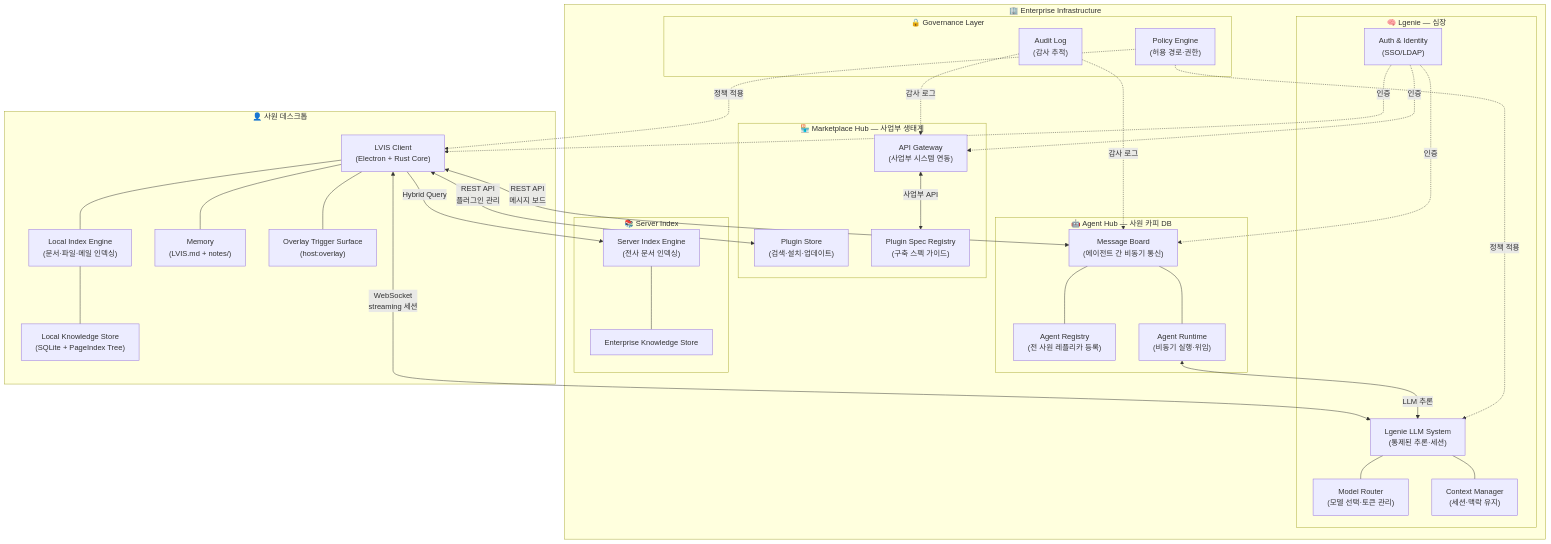
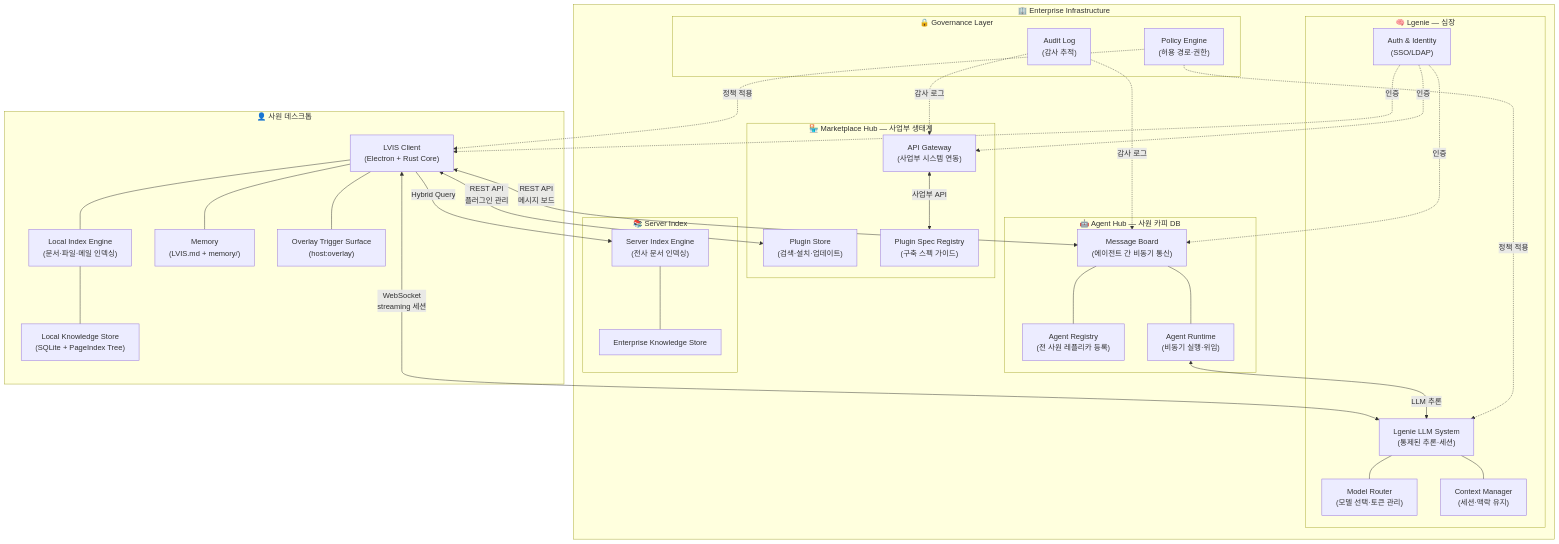
Before and after one commit to lvis-project/lvis-app: the second of 44 diagrams in docs/architecture/architecture.md, drawn with Mermaid. The commit also changed other lines of this file and 7 other files, not shown here.

````diff
--- a/docs/architecture/architecture.md
+++ b/docs/architecture/architecture.md
@@ -90,65 +90,65 @@
 ```mermaid
 graph TB
     subgraph "👤 사원 데스크톱"
         CLIENT["LVIS Client<br/>(Electron + Rust Core)"]
         LOCAL_IDX["Local Index Engine<br/>(문서·파일·메일 인덱싱)"]
         LOCAL_STORE["Local Knowledge Store<br/>(SQLite + PageIndex Tree)"]
-        MEMORY["Memory<br/>(LVIS.md + notes/)"]
+        MEMORY["Memory<br/>(LVIS.md + memory/)"]
         OVERLAY["Overlay Trigger Surface<br/>(host:overlay)"]
     end
 
     subgraph "🏢 Enterprise Infrastructure"
         subgraph "🧠 Lgenie — 심장"
             LGENIE["Lgenie LLM System<br/>(통제된 추론·세션)"]
             MODEL_ROUTER["Model Router<br/>(모델 선택·토큰 관리)"]
             CONTEXT_MGR["Context Manager<br/>(세션·맥락 유지)"]
             AUTH["Auth & Identity<br/>(SSO/LDAP)"]
         end
 
         subgraph "🤖 Agent Hub — 사원 카피 DB"
             MSG_BOARD["Message Board<br/>(에이전트 간 비동기 통신)"]
             AGENT_REG["Agent Registry<br/>(전 사원 레플리카 등록)"]
             AGENT_RT["Agent Runtime<br/>(비동기 실행·위임)"]
         end
 
         subgraph "🏪 Marketplace Hub — 사업부 생태계"
             PLUGIN_STORE["Plugin Store<br/>(검색·설치·업데이트)"]
             API_GW["API Gateway<br/>(사업부 시스템 연동)"]
             PLUGIN_SPEC["Plugin Spec Registry<br/>(구축 스펙 가이드)"]
         end
 
         subgraph "🔒 Governance Layer"
             AUTH["Auth & Identity<br/>(SSO/LDAP)"]
             AUDIT["Audit Log<br/>(감사 추적)"]
             POLICY["Policy Engine<br/>(허용 경로·권한)"]
         end
 
         subgraph "📚 Server Index"
             SRV_IDX["Server Index Engine<br/>(전사 문서 인덱싱)"]
             SRV_STORE["Enterprise Knowledge Store"]
         end
     end
 
     CLIENT <-->|"WebSocket<br/>streaming 세션"| LGENIE
     CLIENT <-->|"REST API<br/>메시지 보드"| MSG_BOARD
     CLIENT <-->|"REST API<br/>플러그인 관리"| PLUGIN_STORE
     CLIENT -->|"Hybrid Query"| SRV_IDX
     CLIENT --- LOCAL_IDX
     CLIENT --- MEMORY
     CLIENT --- OVERLAY
     LOCAL_IDX --- LOCAL_STORE
     MSG_BOARD --- AGENT_REG
     MSG_BOARD --- AGENT_RT
     AGENT_RT <-->|"LLM 추론"| LGENIE
     API_GW <-->|"사업부 API"| PLUGIN_SPEC
     SRV_IDX --- SRV_STORE
     AUTH -.->|"인증"| CLIENT
     AUTH -.->|"인증"| MSG_BOARD
     AUTH -.->|"인증"| API_GW
     POLICY -.->|"정책 적용"| CLIENT
     POLICY -.->|"정책 적용"| LGENIE
     AUDIT -.->|"감사 로그"| MSG_BOARD
     AUDIT -.->|"감사 로그"| API_GW
     LGENIE --- MODEL_ROUTER
     LGENIE --- CONTEXT_MGR
 ```
````
